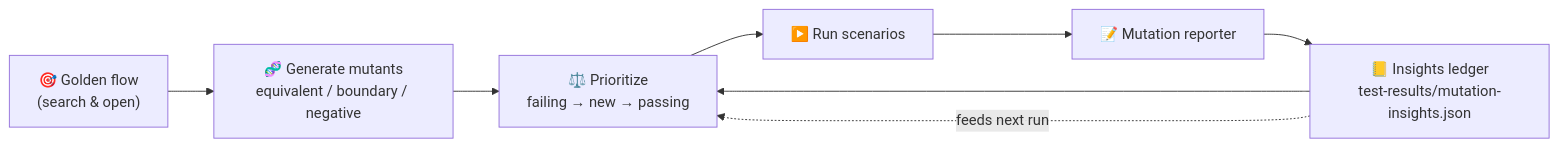
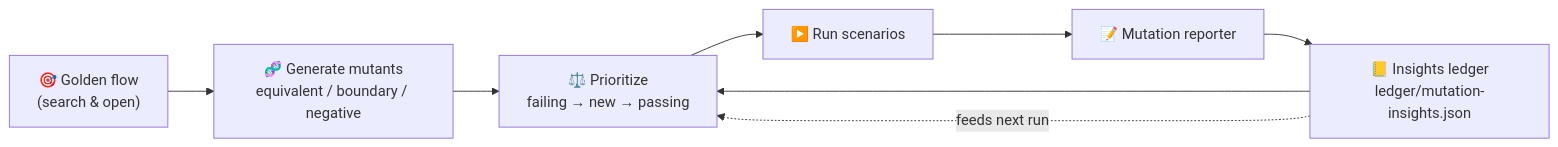
One commit to criguex/civica-playwright-challenge changed the diagram in docs/MUTATION-TESTING.md. Above: the diagram before and after it, drawn with Mermaid. The commit also changed other lines of this file and 22 other files, not shown here.

````diff
--- a/docs/MUTATION-TESTING.md
+++ b/docs/MUTATION-TESTING.md
@@ -43,10 +43,10 @@
 ```mermaid
 flowchart LR
   G["🎯 Golden flow<br/>(search &amp; open)"] --> M["🧬 Generate mutants<br/>equivalent / boundary / negative"]
-  L["📒 Insights ledger<br/>test-results/mutation-insights.json"] --> P["⚖️ Prioritize<br/>failing → new → passing"]
+  L["📒 Insights ledger<br/>ledger/mutation-insights.json"] --> P["⚖️ Prioritize<br/>failing → new → passing"]
   M --> P
   P --> R["▶️ Run scenarios"]
   R --> Rep["📝 Mutation reporter"]
   Rep --> L
   L -. "feeds next run" .-> P
 ```
````
